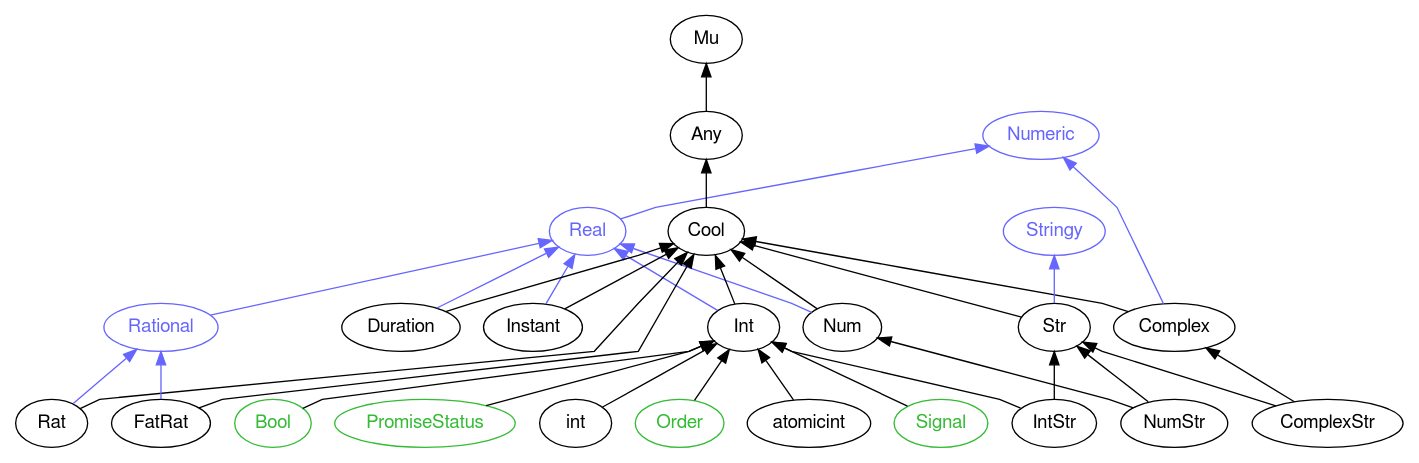
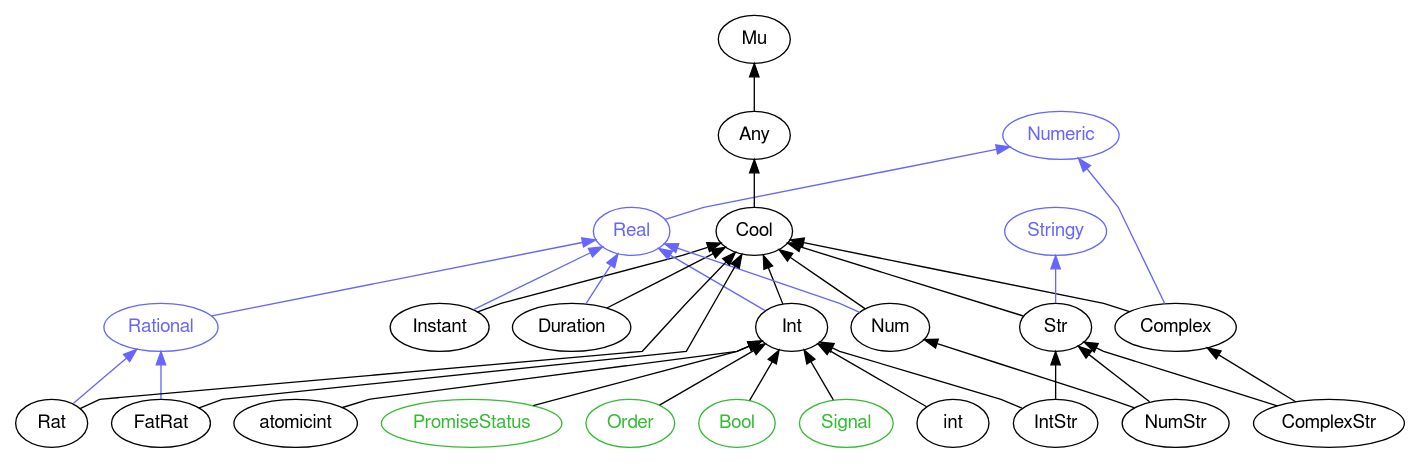
The diagram in images/type-graph-Numeric.svg.dot (perl6docs/perl6docs.github.io), drawn with Graphviz before and after one commit. The commit also changed other lines of this file and 4398 other files, not shown here.

```diff
--- a/images/type-graph-Numeric.svg.dot
+++ b/images/type-graph-Numeric.svg.dot
@@ -1,66 +1,66 @@
 digraph "perl6-type-graph" {
     rankdir=BT;
     splines=polyline;
     overlap=false; 
     // Types
     "Numeric" [color="#6666FF", fontcolor="#6666FF", href="/type/Numeric", fontname="FreeSans"];
     "Real" [color="#6666FF", fontcolor="#6666FF", href="/type/Real", fontname="FreeSans"];
     "Mu" [color="#000000", fontcolor="#000000", href="/type/Mu", fontname="FreeSans"];
     "Any" [color="#000000", fontcolor="#000000", href="/type/Any", fontname="FreeSans"];
     "Cool" [color="#000000", fontcolor="#000000", href="/type/Cool", fontname="FreeSans"];
     "Complex" [color="#000000", fontcolor="#000000", href="/type/Complex", fontname="FreeSans"];
     "Stringy" [color="#6666FF", fontcolor="#6666FF", href="/type/Stringy", fontname="FreeSans"];
     "Str" [color="#000000", fontcolor="#000000", href="/type/Str", fontname="FreeSans"];
     "ComplexStr" [color="#000000", fontcolor="#000000", href="/type/ComplexStr", fontname="FreeSans"];
-    "Num" [color="#000000", fontcolor="#000000", href="/type/Num", fontname="FreeSans"];
+    "Instant" [color="#000000", fontcolor="#000000", href="/type/Instant", fontname="FreeSans"];
     "Int" [color="#000000", fontcolor="#000000", href="/type/Int", fontname="FreeSans"];
     "Rational" [color="#6666FF", fontcolor="#6666FF", href="/type/Rational", fontname="FreeSans"];
-    "Instant" [color="#000000", fontcolor="#000000", href="/type/Instant", fontname="FreeSans"];
     "Duration" [color="#000000", fontcolor="#000000", href="/type/Duration", fontname="FreeSans"];
+    "Num" [color="#000000", fontcolor="#000000", href="/type/Num", fontname="FreeSans"];
+    "atomicint" [color="#000000", fontcolor="#000000", href="/type/atomicint", fontname="FreeSans"];
+    "IntStr" [color="#000000", fontcolor="#000000", href="/type/IntStr", fontname="FreeSans"];
+    "PromiseStatus" [color="#33BB33", fontcolor="#33BB33", href="/type/PromiseStatus", fontname="FreeSans"];
+    "Order" [color="#33BB33", fontcolor="#33BB33", href="/type/Order", fontname="FreeSans"];
+    "Bool" [color="#33BB33", fontcolor="#33BB33", href="/type/Bool", fontname="FreeSans"];
+    "Signal" [color="#33BB33", fontcolor="#33BB33", href="/type/Signal", fontname="FreeSans"];
+    "int" [color="#000000", fontcolor="#000000", href="/type/int", fontname="FreeSans"];
     "NumStr" [color="#000000", fontcolor="#000000", href="/type/NumStr", fontname="FreeSans"];
-    "IntStr" [color="#000000", fontcolor="#000000", href="/type/IntStr", fontname="FreeSans"];
-    "atomicint" [color="#000000", fontcolor="#000000", href="/type/atomicint", fontname="FreeSans"];
-    "Signal" [color="#33BB33", fontcolor="#33BB33", href="/type/Signal", fontname="FreeSans"];
-    "Bool" [color="#33BB33", fontcolor="#33BB33", href="/type/Bool", fontname="FreeSans"];
-    "PromiseStatus" [color="#33BB33", fontcolor="#33BB33", href="/type/PromiseStatus", fontname="FreeSans"];
-    "int" [color="#000000", fontcolor="#000000", href="/type/int", fontname="FreeSans"];
-    "Order" [color="#33BB33", fontcolor="#33BB33", href="/type/Order", fontname="FreeSans"];
+    "FatRat" [color="#000000", fontcolor="#000000", href="/type/FatRat", fontname="FreeSans"];
     "Rat" [color="#000000", fontcolor="#000000", href="/type/Rat", fontname="FreeSans"];
-    "FatRat" [color="#000000", fontcolor="#000000", href="/type/FatRat", fontname="FreeSans"];
 
     // Superclasses
     "Any" -> "Mu" [color="#000000"];
     "Cool" -> "Any" [color="#000000"];
     "Complex" -> "Cool" [color="#000000"];
     "Str" -> "Cool" [color="#000000"];
     "ComplexStr" -> "Complex" [color="#000000"];
     "ComplexStr" -> "Str" [color="#000000"];
+    "Instant" -> "Cool" [color="#000000"];
+    "Int" -> "Cool" [color="#000000"];
+    "Duration" -> "Cool" [color="#000000"];
     "Num" -> "Cool" [color="#000000"];
-    "Int" -> "Cool" [color="#000000"];
-    "Instant" -> "Cool" [color="#000000"];
-    "Duration" -> "Cool" [color="#000000"];
+    "atomicint" -> "Int" [color="#000000"];
+    "IntStr" -> "Int" [color="#000000"];
+    "IntStr" -> "Str" [color="#000000"];
+    "PromiseStatus" -> "Int" [color="#000000"];
+    "Order" -> "Int" [color="#000000"];
+    "Bool" -> "Int" [color="#000000"];
+    "Signal" -> "Int" [color="#000000"];
+    "int" -> "Int" [color="#000000"];
     "NumStr" -> "Num" [color="#000000"];
     "NumStr" -> "Str" [color="#000000"];
-    "IntStr" -> "Int" [color="#000000"];
-    "IntStr" -> "Str" [color="#000000"];
-    "atomicint" -> "Int" [color="#000000"];
-    "Signal" -> "Int" [color="#000000"];
-    "Bool" -> "Int" [color="#000000"];
-    "PromiseStatus" -> "Int" [color="#000000"];
-    "int" -> "Int" [color="#000000"];
-    "Order" -> "Int" [color="#000000"];
+    "FatRat" -> "Cool" [color="#000000"];
     "Rat" -> "Cool" [color="#000000"];
-    "FatRat" -> "Cool" [color="#000000"];
 
     // Roles
     "Real" -> "Numeric" [color="#6666FF"];
     "Complex" -> "Numeric" [color="#6666FF"];
     "Str" -> "Stringy" [color="#6666FF"];
-    "Num" -> "Real" [color="#6666FF"];
+    "Instant" -> "Real" [color="#6666FF"];
     "Int" -> "Real" [color="#6666FF"];
     "Rational" -> "Real" [color="#6666FF"];
-    "Instant" -> "Real" [color="#6666FF"];
     "Duration" -> "Real" [color="#6666FF"];
+    "Num" -> "Real" [color="#6666FF"];
+    "FatRat" -> "Rational" [color="#6666FF"];
     "Rat" -> "Rational" [color="#6666FF"];
-    "FatRat" -> "Rational" [color="#6666FF"];
 }
```
